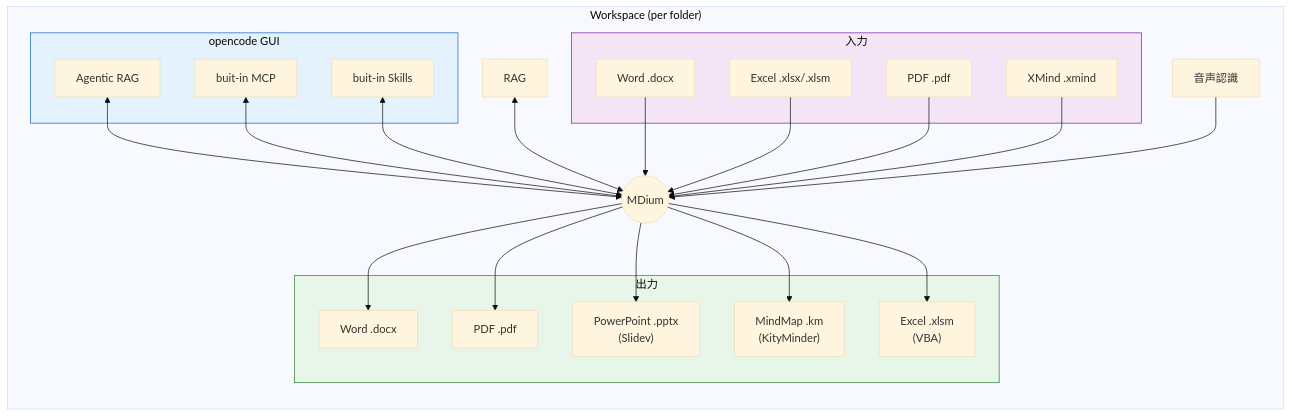
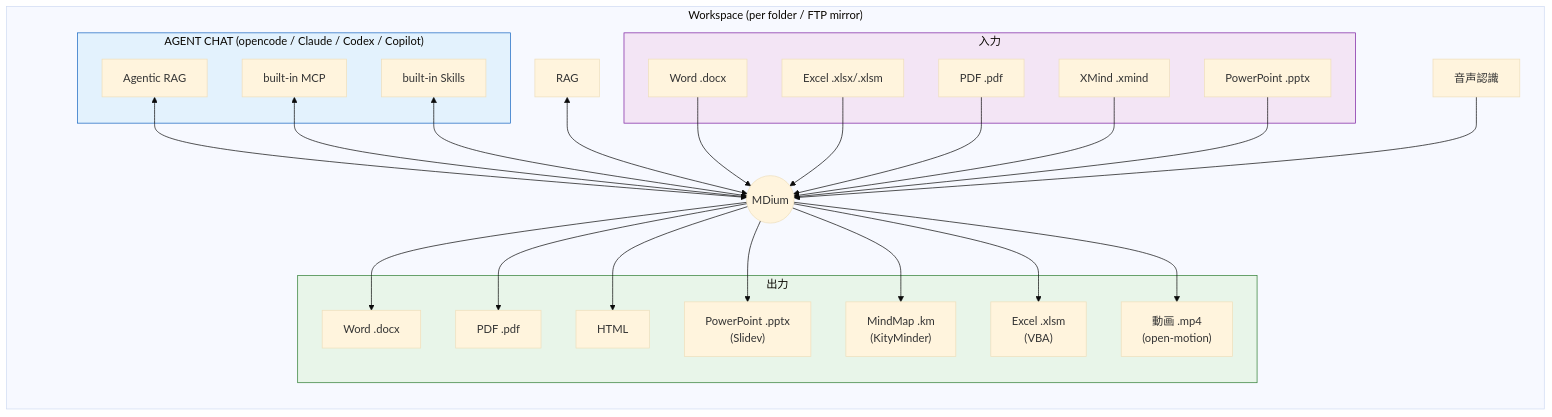
One commit to straygizmo/mdium changed the diagram in README.ja.md. Above: the diagram before and after it, drawn with Mermaid (base theme). The commit also changed other lines of this file and 1 other file, not shown here.

````diff
--- a/README.ja.md
+++ b/README.ja.md
@@ -12,50 +12,56 @@
 ```mermaid
 graph LR
-    subgraph Workspace["Workspace (per folder)"]
+    subgraph Workspace["Workspace (per folder / FTP mirror)"]
 
         subgraph 入力["入力"]
             W_IN[Word .docx]
             E_IN["Excel .xlsx/.xlsm"]
             P_IN[PDF .pdf]
             X_IN[XMind .xmind]
+            PP_IN[PowerPoint .pptx]
         end
 
-        subgraph OC["opencode GUI"]
+        subgraph OC["AGENT CHAT (opencode / Claude / Codex / Copilot)"]
             F_CHAT[Agentic RAG]
-            F_MCP[buit-in MCP]
-            F_SKL[buit-in Skills]
+            F_MCP[built-in MCP]
+            F_SKL[built-in Skills]
         end
 
         R[RAG]
         V_IN["音声認識"]
         M((MDium))
 
         subgraph 出力["出力"]
             W_OUT[Word .docx]
             P_OUT[PDF .pdf]
+            H_OUT[HTML]
             S_OUT["PowerPoint .pptx<br/>(Slidev)"]
             K_OUT["MindMap .km<br/>(KityMinder)"]
             V_OUT["Excel .xlsm<br/>(VBA)"]
+            MV_OUT["動画 .mp4<br/>(open-motion)"]
         end
 
         F_CHAT <--> M
         F_MCP<--> M
         F_SKL<--> M
         R <--> M
         W_IN --> M
         E_IN --> M
         P_IN --> M
         X_IN --> M
+        PP_IN --> M
         M --> W_OUT
         M --> P_OUT
+        M --> H_OUT
         M --> S_OUT
         M --> K_OUT
         M --> V_OUT
+        M --> MV_OUT
         V_IN --> M
 
     end
 
     style 入力 fill:#f3e5f5,stroke:#7b1fa2
     style 出力 fill:#e8f5e9,stroke:#2e7d32
     style OC fill:#e3f2fd,stroke:#1565c0
 ```
````
